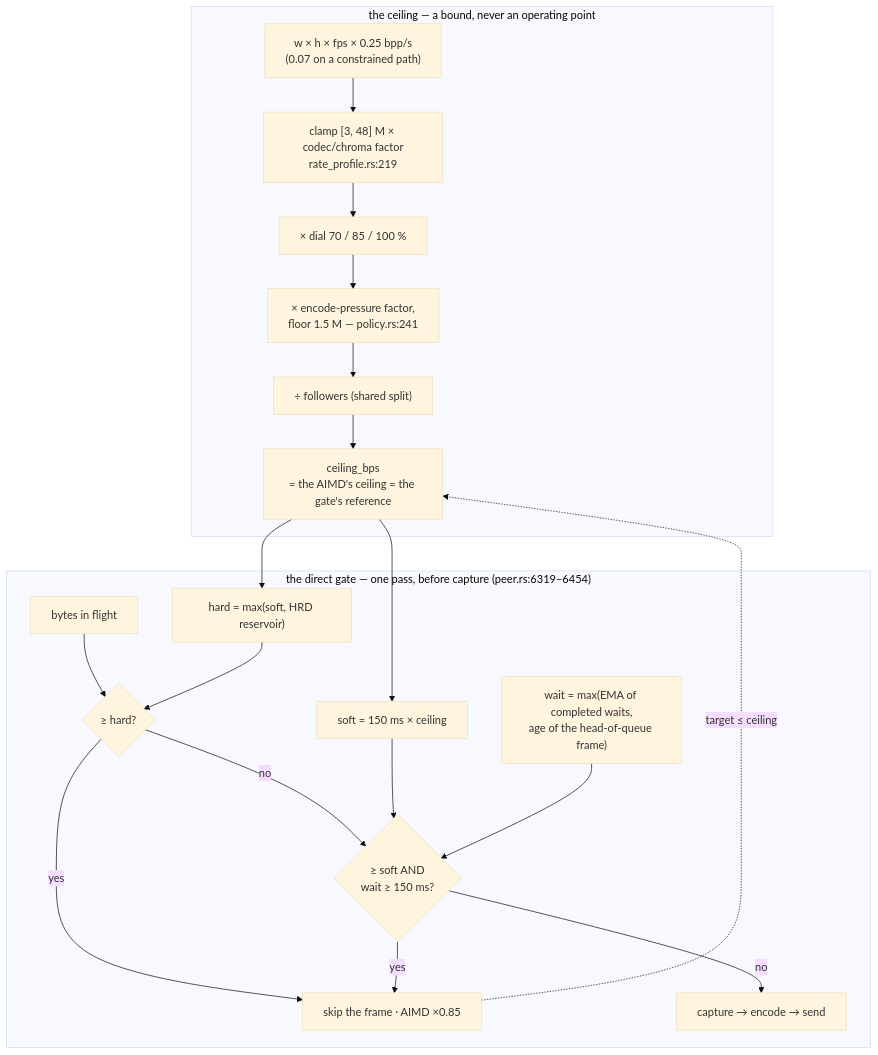
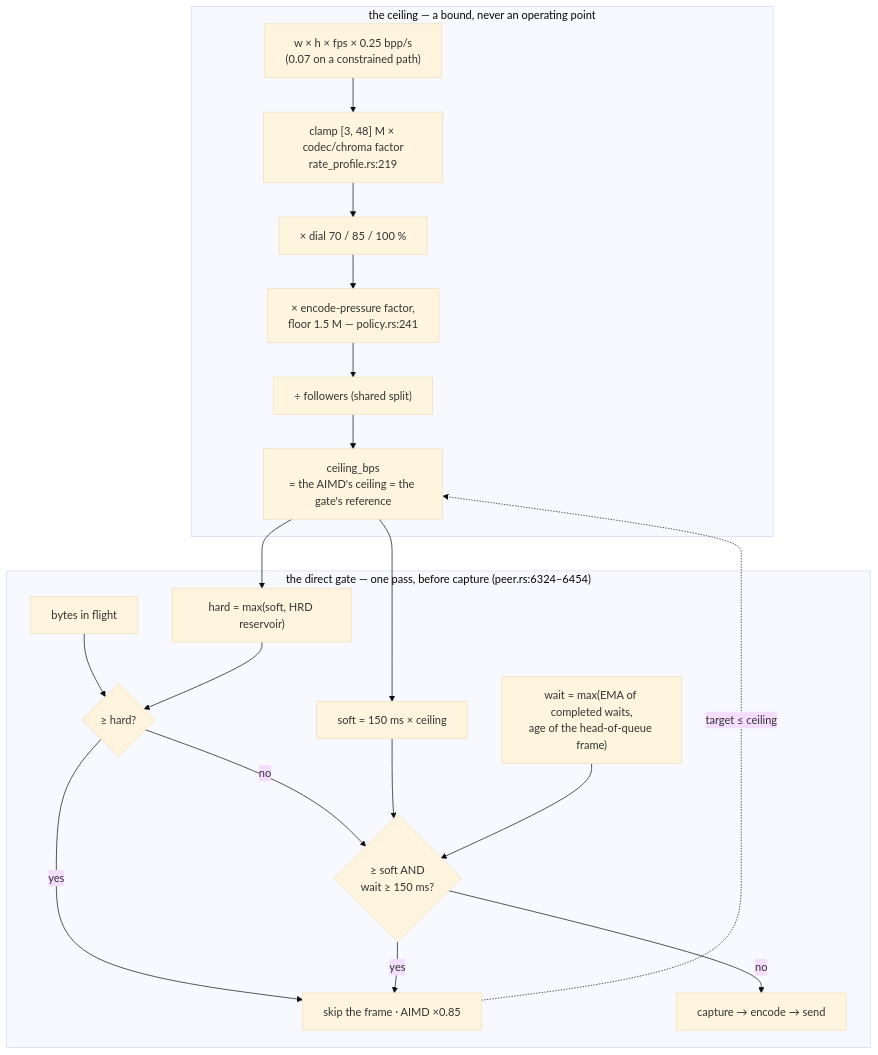
Before and after one commit to gjovanov/roomler-ai: the sixth of 11 diagrams in docs/rate-control.md, drawn with Mermaid (base theme). The commit also changed other lines of this file and 43 other files, not shown here.

````diff
--- a/docs/rate-control.md
+++ b/docs/rate-control.md
@@ -755,24 +825,24 @@
 ```mermaid
 flowchart TB
     subgraph ceiling["the ceiling — a bound, never an operating point"]
         G["w × h × fps × 0.25 bpp/s<br/>(0.07 on a constrained path)"] --> C["clamp [3, 48] M × codec/chroma factor<br/>rate_profile.rs:219"]
         C --> D["× dial 70 / 85 / 100 %"]
         D --> E["× encode-pressure factor,<br/>floor 1.5 M — policy.rs:241"]
         E --> S["÷ followers (shared split)"]
         S --> CEIL["ceiling_bps<br/>= the AIMD's ceiling = the gate's reference"]
     end
-    subgraph gate["the direct gate — one pass, before capture (peer.rs:6319–6454)"]
+    subgraph gate["the direct gate — one pass, before capture (peer.rs:6324–6454)"]
         CEIL --> SOFT["soft = 150 ms × ceiling"]
         CEIL --> HARD["hard = max(soft, HRD reservoir)"]
         W["wait = max(EMA of completed waits,<br/>age of the head-of-queue frame)"]
         Q["bytes in flight"] --> H{"≥ hard?"}
         HARD --> H
         H -- yes --> TRIP["skip the frame · AIMD ×0.85"]
         H -- no --> SQ{"≥ soft AND<br/>wait ≥ 150 ms?"}
         SOFT --> SQ
         W --> SQ
         SQ -- yes --> TRIP
         SQ -- no --> PASS["capture → encode → send"]
     end
     TRIP -.->|"target ≤ ceiling"| CEIL
 ```
````
